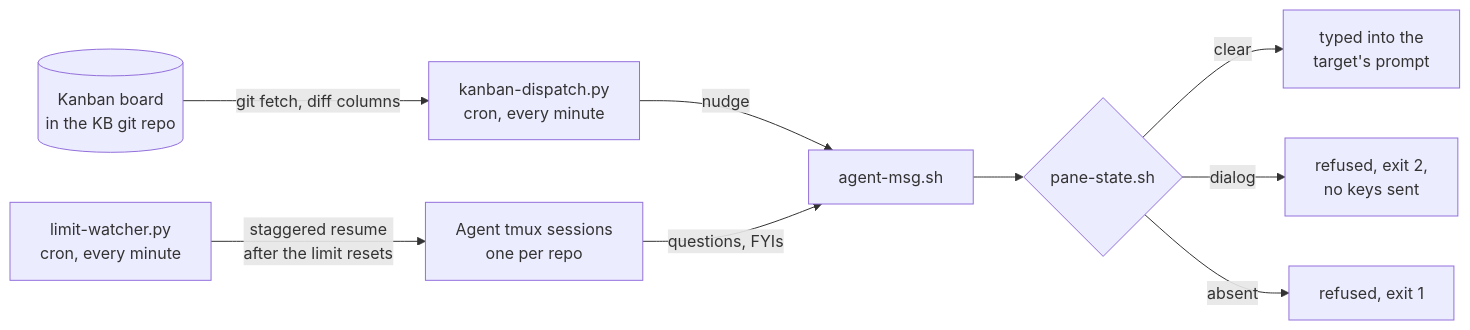
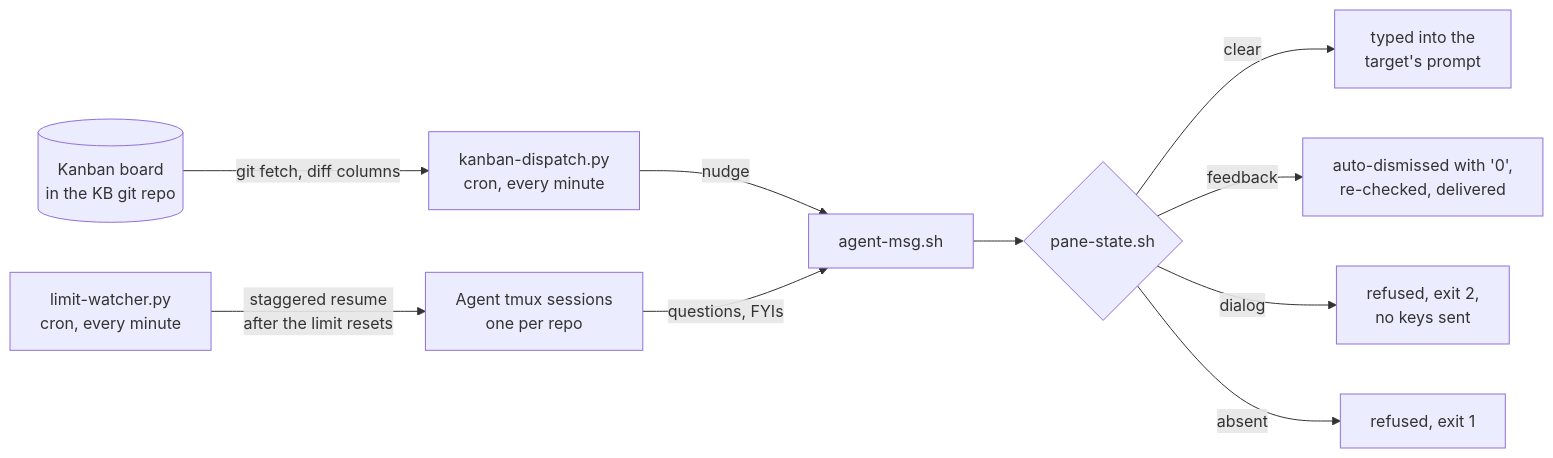
One commit to luca-bettermann/multi-agent-infra changed the diagram in README.md. Above: the diagram before and after it, drawn with Mermaid. The commit also changed other lines of this file, not shown here.

Commit message:
README: feedback branch in diagram, edge-case refinements, test coverage line

````diff
--- a/README.md
+++ b/README.md
@@ -9,11 +9,12 @@
 ```mermaid
 flowchart LR
     board[(Kanban board<br>in the KB git repo)] -->|git fetch, diff columns| dispatcher[kanban-dispatch.py<br>cron, every minute]
     dispatcher -->|nudge| msg[agent-msg.sh]
     agents[Agent tmux sessions<br>one per repo] -->|questions, FYIs| msg
     msg --> pane{pane-state.sh}
     pane -->|clear| deliver[typed into the<br>target's prompt]
+    pane -->|feedback| dismiss[auto-dismissed with '0',<br>re-checked, delivered]
     pane -->|dialog| refuse[refused, exit 2,<br>no keys sent]
     pane -->|absent| fail[refused, exit 1]
     watcher[limit-watcher.py<br>cron, every minute] -->|staggered resume<br>after the limit resets| agents
 ```
````
